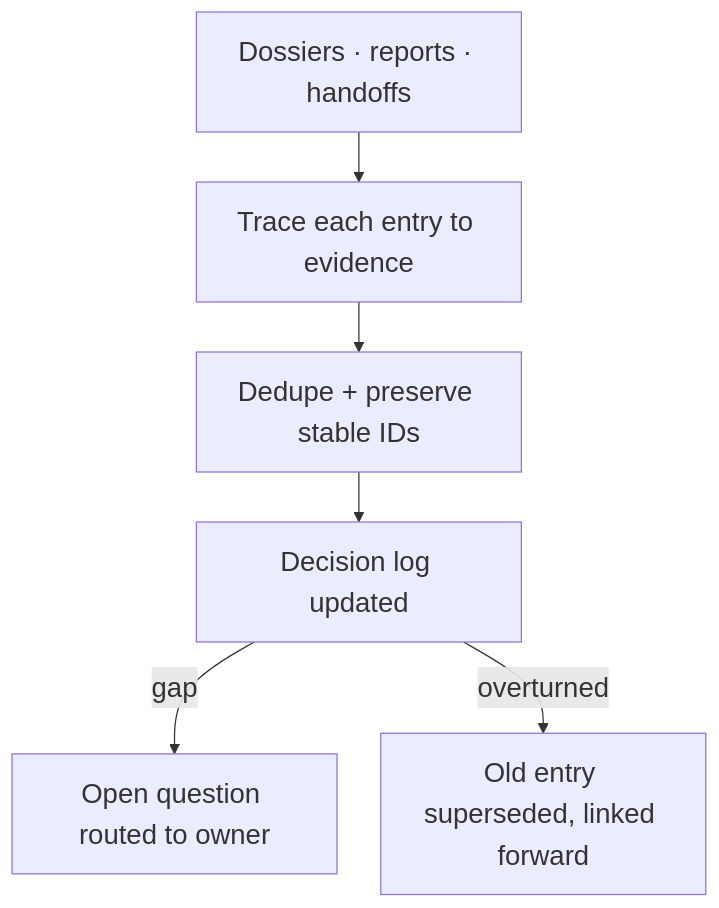
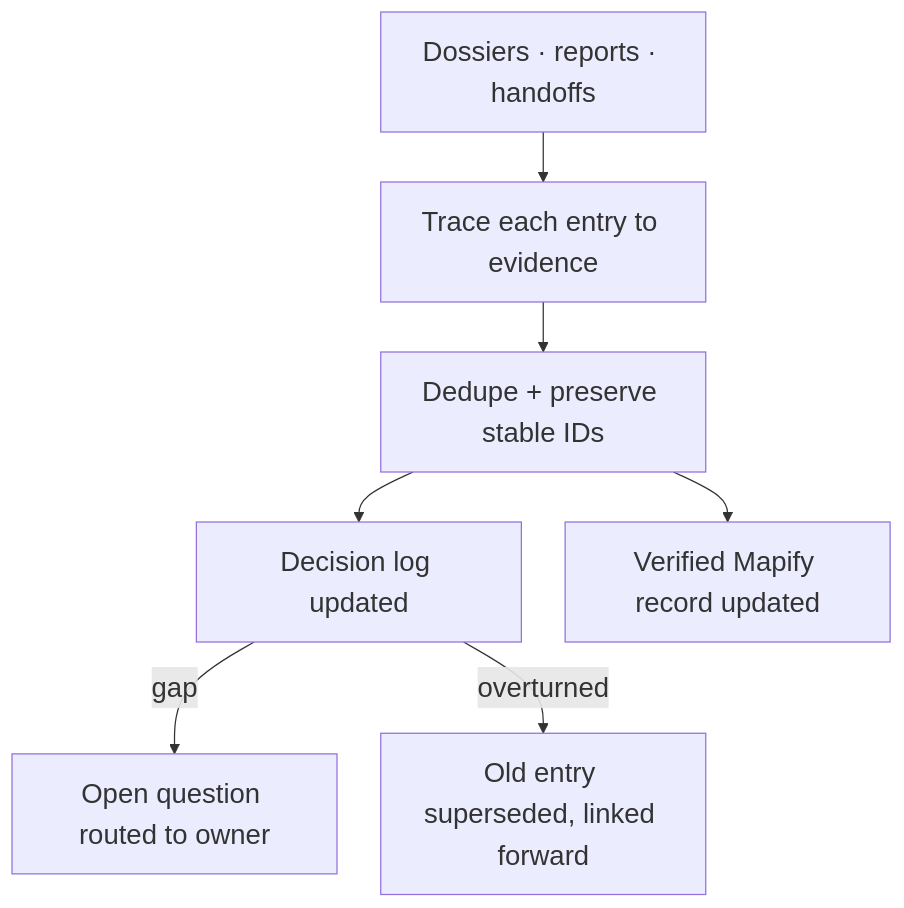
Before and after one commit to trykA123/skillify: the diagram in agents/guides/archivist/README.md, drawn with Mermaid. The commit also changed other lines of this file and 77 other files, not shown here.

First line of the commit message:
feat: add Mapify, a sparse verified codebase map

````diff
--- a/agents/guides/archivist/README.md
+++ b/agents/guides/archivist/README.md
@@ -17,9 +17,10 @@
 ```mermaid
 %%{init: {"themeVariables": {"fontSize": "22px"}, "flowchart": {"nodeSpacing": 35, "rankSpacing": 40}}}%%
 flowchart TB
     Sources[Dossiers · reports · handoffs] --> Trace[Trace each entry to evidence]
     Trace --> Merge[Dedupe + preserve stable IDs]
     Merge --> Log[Decision log updated]
+    Merge --> Map[Verified Mapify record updated]
     Log -->|gap| Question[Open question routed to owner]
     Log -->|overturned| Superseded[Old entry superseded, linked forward]
 ```
````
